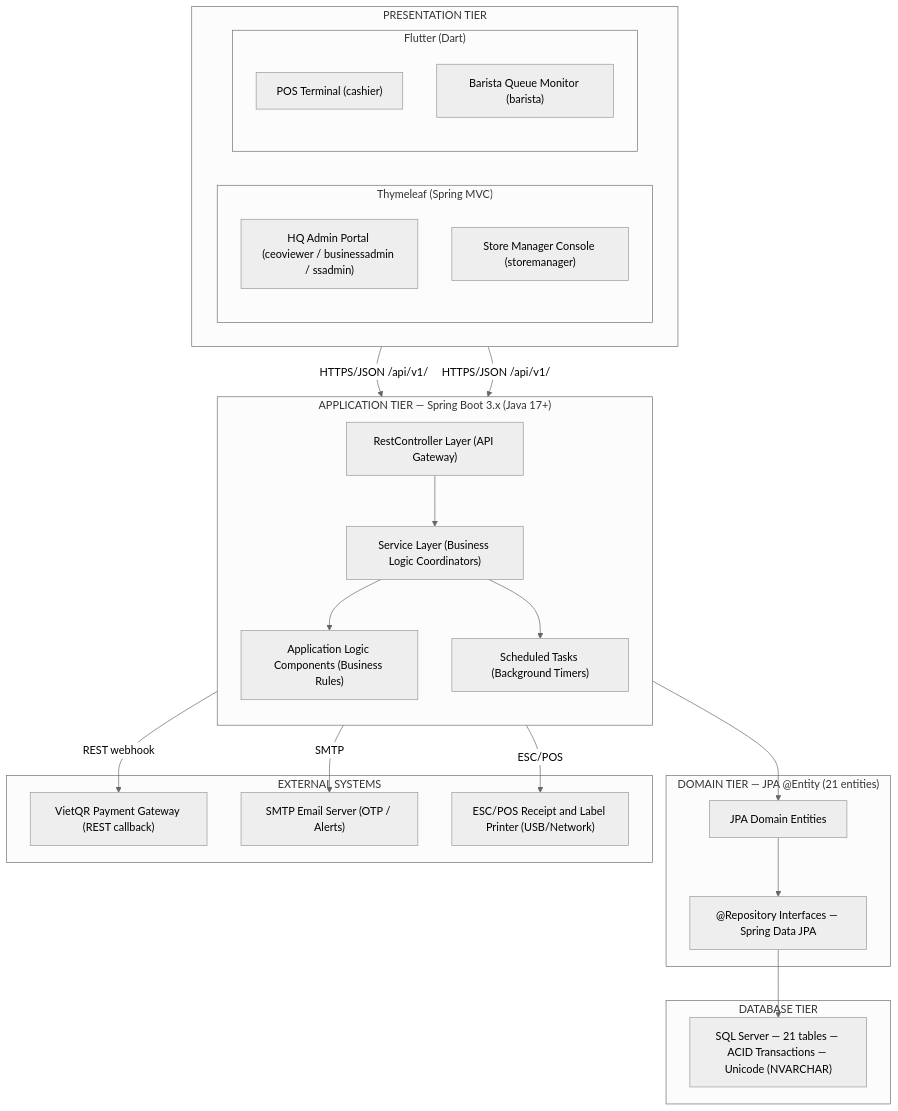
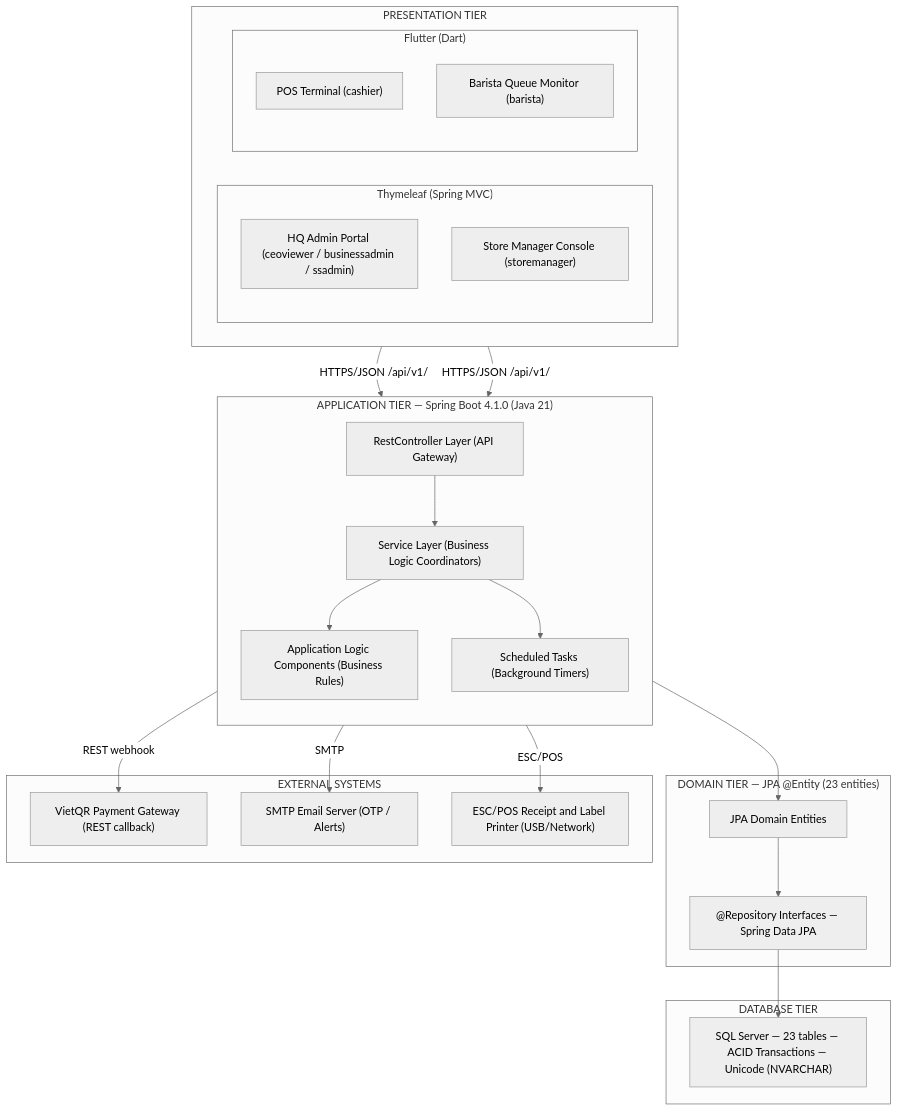
The diagram in docs/rds_sections/01_system_architecture.md (Shaichi/khoga_cafe), drawn with Mermaid (neutral theme) before and after one commit. The commit also changed other lines of this file and 22 other files, not shown here.

````diff
--- a/docs/rds_sections/01_system_architecture.md
+++ b/docs/rds_sections/01_system_architecture.md
@@ -7,49 +7,49 @@
 ```mermaid
 graph TB
     subgraph PRESENTATION["PRESENTATION TIER"]
         direction LR
         subgraph WEB["Thymeleaf (Spring MVC)"]
             HQ["HQ Admin Portal (ceoviewer / businessadmin / ssadmin)"]
             MGR["Store Manager Console (storemanager)"]
         end
         subgraph FLUTTER["Flutter (Dart)"]
             POS["POS Terminal (cashier)"]
             BAR["Barista Queue Monitor (barista)"]
         end
     end
 
-    subgraph APP["APPLICATION TIER — Spring Boot 3.x (Java 17+)"]
+    subgraph APP["APPLICATION TIER — Spring Boot 4.1.0 (Java 21)"]
         direction TB
         CTRL["RestController Layer (API Gateway)"]
         SVC["Service Layer (Business Logic Coordinators)"]
         LOGIC["Application Logic Components (Business Rules)"]
         SCHED["Scheduled Tasks (Background Timers)"]
     end
 
-    subgraph DOMAIN["DOMAIN TIER — JPA @Entity (21 entities)"]
+    subgraph DOMAIN["DOMAIN TIER — JPA @Entity (23 entities)"]
         ENT["JPA Domain Entities"]
         REPO["@Repository Interfaces — Spring Data JPA"]
     end
 
     subgraph DB["DATABASE TIER"]
-        SQLSERVER["SQL Server — 21 tables — ACID Transactions — Unicode (NVARCHAR)"]
+        SQLSERVER["SQL Server — 23 tables — ACID Transactions — Unicode (NVARCHAR)"]
     end
 
     subgraph EXT["EXTERNAL SYSTEMS"]
         VIETQR["VietQR Payment Gateway (REST callback)"]
         EMAIL["SMTP Email Server (OTP / Alerts)"]
         PRINTER["ESC/POS Receipt and Label Printer (USB/Network)"]
     end
 
     WEB -->|"HTTPS/JSON /api/v1/"| CTRL
     FLUTTER -->|"HTTPS/JSON /api/v1/"| CTRL
     CTRL --> SVC
     SVC --> LOGIC
     SVC --> SCHED
     SVC --> ENT
     ENT --> REPO
     REPO --> SQLSERVER
     CTRL -->|"REST webhook"| VIETQR
     SVC -->|"SMTP"| EMAIL
     APP -->|"ESC/POS"| PRINTER
 ```
````
